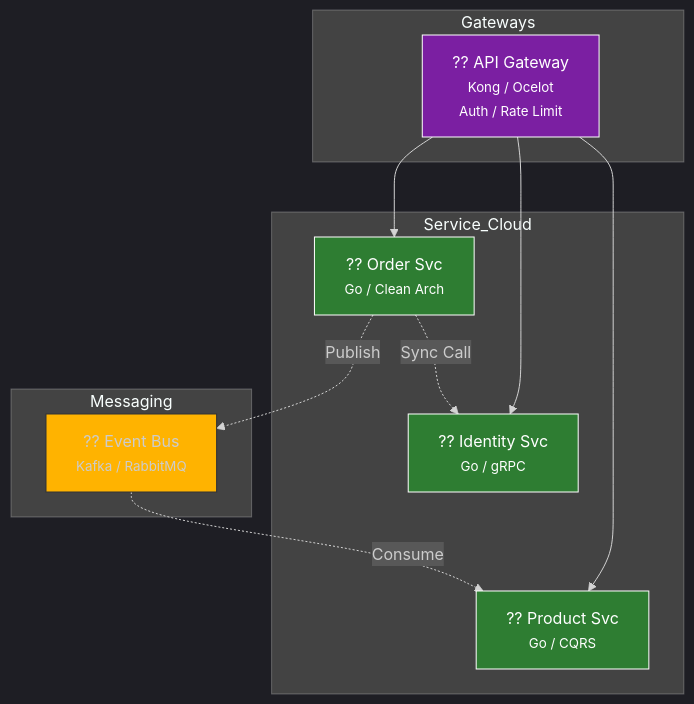
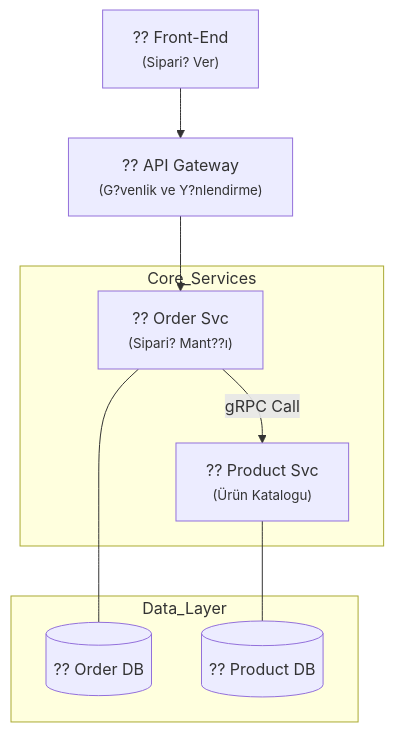
Before and after one commit to arch-yunus/microservices-101: the diagram in README.md, drawn with Mermaid. The commit also changed other lines of this file, not shown here.

````diff
--- a/README.md
+++ b/README.md
@@ -87,28 +88,21 @@
 ```mermaid
-%%{init: {'theme': 'dark', 'themeVariables': { 'mainBkg': '#1a1a1a', 'nodeBorder': '#555' }}}%%
 graph TD
-    subgraph Gateways
-        Edge["?? API Gateway <br/><small>Kong / Ocelot <br/> Auth / Rate Limit</small>"]
+    UI["?? Front-End <br/><small>(Sipari? Ver)</small>"]
+    Edge["?? API Gateway <br/><small>(G?venlik ve Y?nlendirme)</small>"]
+    
+    subgraph Core_Services
+        Order["?? Order Svc <br/><small>(Sipari? Mant??ı)</small>"]
+        Product["?? Product Svc <br/><small>(Ürün Katalogu)</small>"]
     end
-
-    subgraph Service_Cloud
-        Auth["?? Identity Svc <br/><small>Go / gRPC</small>"]
-        Order["?? Order Svc <br/><small>Go / Clean Arch</small>"]
-        Catalog["?? Product Svc <br/><small>Go / CQRS</small>"]
+    
+    subgraph Data_Layer
+        OrderDB[("?? Order DB")]
+        ProductDB[("?? Product DB")]
     end
-
-    subgraph Messaging
-        Kafka["?? Event Bus <br/><small>Kafka / RabbitMQ</small>"]
-    end
-
-    Edge --> Auth & Order & Catalog
-    Order -.->|Sync Call| Auth
-    Order -.->|Publish| Kafka
-    Kafka -.->|Consume| Catalog
     
-    style Edge fill:#7b1fa2,stroke:#fff,color:#fff
-    style Kafka fill:#ffb300,stroke:#333
-    style Auth fill:#2e7d32,stroke:#fff,color:#fff
-    style Order fill:#2e7d32,stroke:#fff,color:#fff
-    style Catalog fill:#2e7d32,stroke:#fff,color:#fff
+    UI --> Edge
+    Edge --> Order
+    Order -->|gRPC Call| Product
+    Order --- OrderDB
+    Product --- ProductDB
 ```
````
